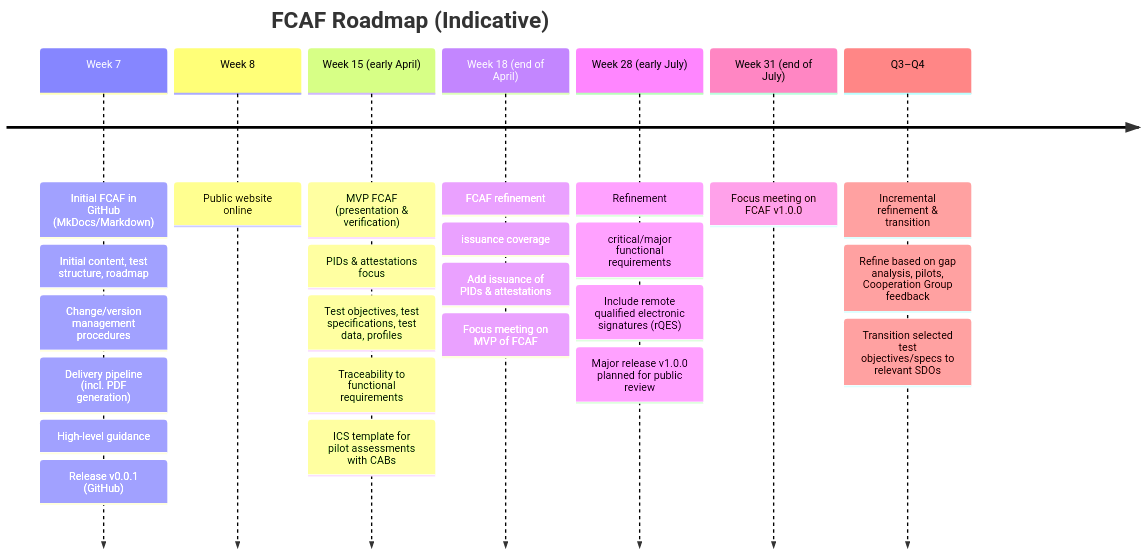
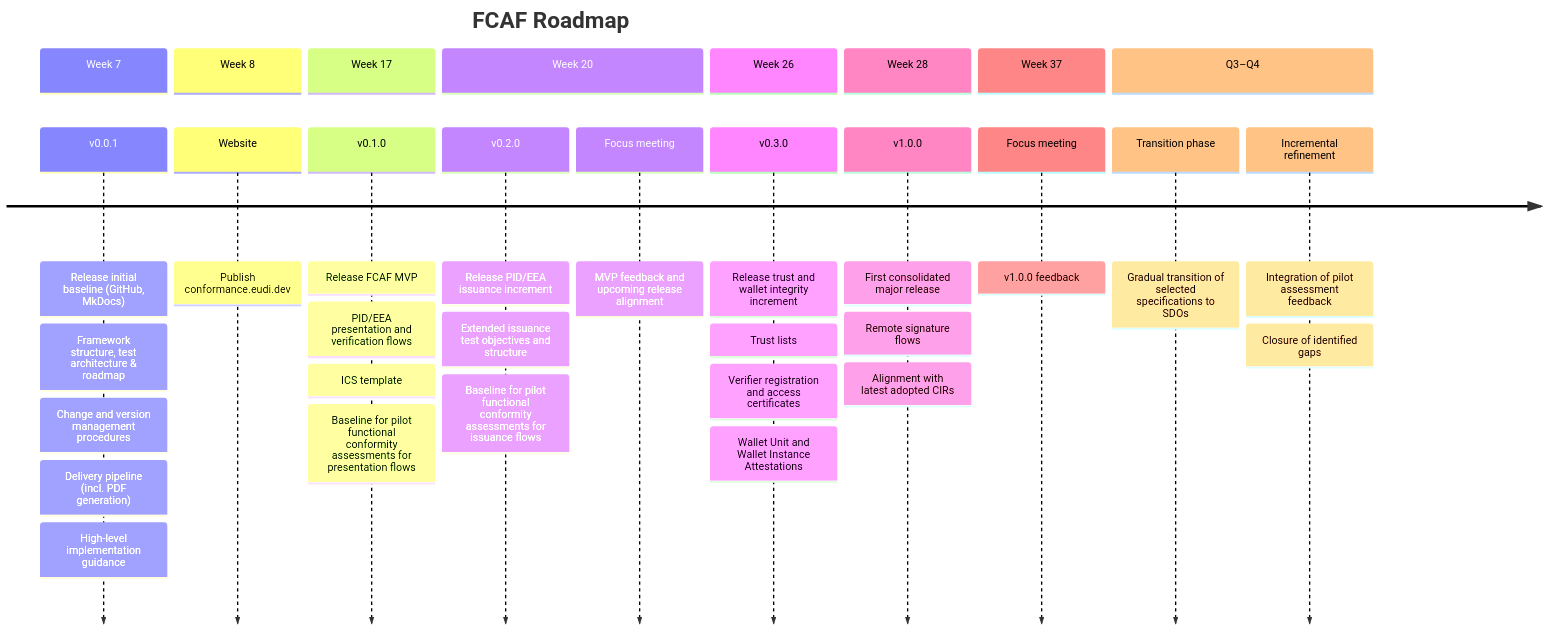
The diagram in docs/overview/index.md (eu-digital-identity-wallet/eudi-doc-functional-conformance-assessment), drawn with Mermaid before and after one commit. The commit also changed other lines of this file and 2 other files, not shown here.

Commit message:
chore: prepare v0.0.6 release

````diff
--- a/docs/overview/index.md
+++ b/docs/overview/index.md
@@ -141,33 +141,45 @@
 ```mermaid
 timeline
-  title FCAF Roadmap (Indicative)
+    title FCAF Roadmap
 
-  Week 7 : Initial FCAF in GitHub (MkDocs/Markdown)
-      : Initial content, test structure, roadmap
-      : Change/version management procedures
-      : Delivery pipeline (incl. PDF generation)
-      : High-level guidance
-      : Release v0.0.1 (GitHub)
+    section Week 7
+        v0.0.1 : Release initial baseline (GitHub, MkDocs)
+                : Framework structure, test architecture & roadmap
+                : Change and version management procedures
+                : Delivery pipeline (incl. PDF generation)
+                : High-level implementation guidance
 
-  Week 8 : Public website online
+    section Week 8
+        Website : Publish conformance.eudi.dev
 
-  Week 15 (early April) : MVP FCAF (presentation & verification)
-      : PIDs & attestations focus
-      : Test objectives, test specifications, test data, profiles
-      : Traceability to functional requirements
-      : ICS template for pilot assessments with CABs
+    section Week 17
+        v0.1.0 : Release FCAF MVP
+                : PID/EEA presentation and verification flows
+                : ICS template
+                : Baseline for pilot functional conformity assessments for presentation flows
 
-  Week 18 (end of April) : FCAF refinement: issuance coverage
-      : Add issuance of PIDs & attestations
-      : Focus meeting on MVP of FCAF
+    section Week 20
+        v0.2.0 : Release PID/EEA issuance increment
+                : Extended issuance test objectives and structure
+                : Baseline for pilot functional conformity assessments for issuance flows
+        Focus meeting : MVP feedback and upcoming release alignment
 
-  Week 28 (early July) : Refinement: critical/major functional requirements
-      : Include remote qualified electronic signatures (rQES)
-      : Major release v1.0.0 planned for public review
+    section Week 26
+        v0.3.0 : Release trust and wallet integrity increment
+                : Trust lists
+                : Verifier registration and access certificates
+                : Wallet Unit and Wallet Instance Attestations
 
-  Week 31 (end of July) : Focus meeting on FCAF v1.0.0
+    section Week 28
+        v1.0.0 : First consolidated major release
+                : Remote signature flows
+                : Alignment with latest adopted CIRs
 
-  Q3–Q4 : Incremental refinement & transition
-      : Refine based on gap analysis, pilots, Cooperation Group feedback
-      : Transition selected test objectives/specs to relevant SDOs
+    section Week 37
+        Focus meeting : v1.0.0 feedback
+
+    section Q3–Q4
+        Transition phase : Gradual transition of selected specifications to SDOs
+        Incremental refinement : Integration of pilot assessment feedback
+                               : Closure of identified gaps
 ```
````
